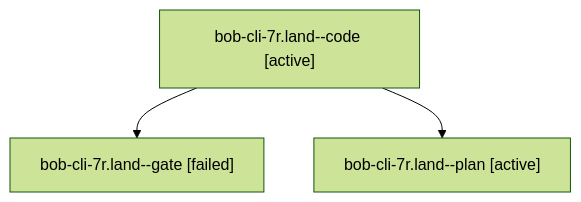
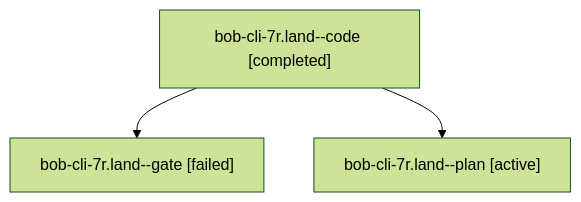
The diagram in sessions/bbugyi200.athena.bob-cli-7r.land.md (bobs-org/bob-cli--agents), drawn with Mermaid (forest theme) before and after one commit. The commit also changed other lines of this file and 38 other files, not shown here.

````diff
--- a/sessions/bbugyi200.athena.bob-cli-7r.land.md
+++ b/sessions/bbugyi200.athena.bob-cli-7r.land.md
@@ -9,8 +9,8 @@
 ```mermaid
 flowchart TD
-  n0["bob-cli-7r.land--code [active]"]
+  n0["bob-cli-7r.land--code [completed]"]
   n1["bob-cli-7r.land--gate [failed]"]
   n0 --> n1
   n2["bob-cli-7r.land--plan [active]"]
   n0 --> n2
 ```
````
